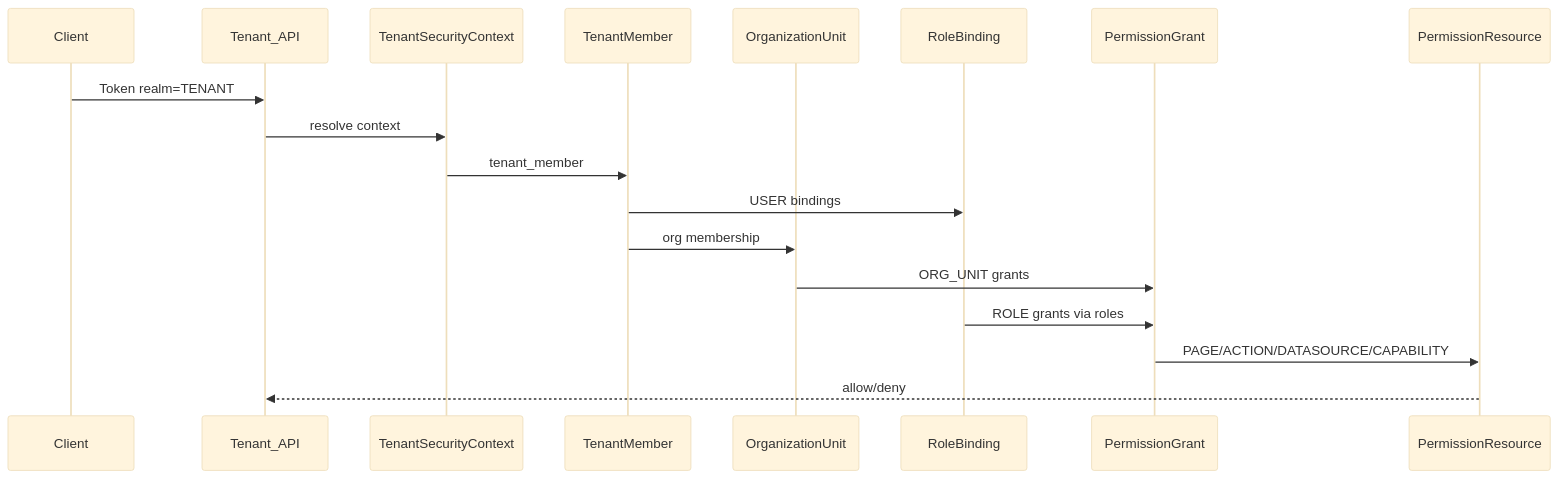
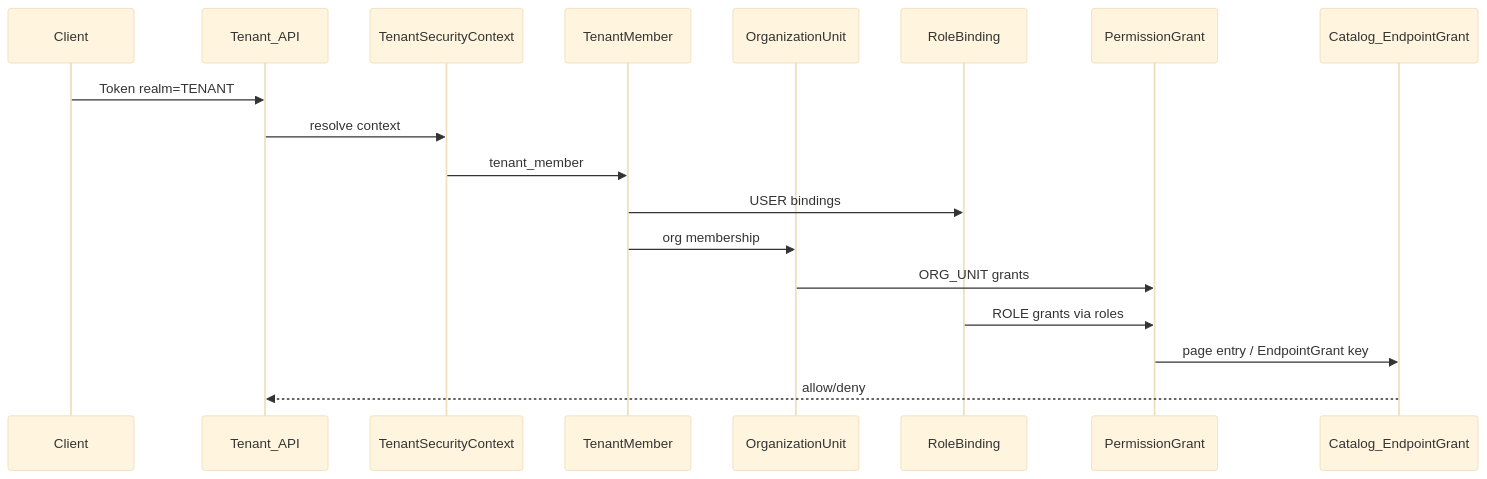
The sixth of 9 diagrams in docs/design/multi-tenant-governance-design.md (innospots/innospots-nexus), drawn with Mermaid (base theme) before and after one commit. The commit also changed other lines of this file and 374 other files, not shown here.

````diff
--- a/docs/design/multi-tenant-governance-design.md
+++ b/docs/design/multi-tenant-governance-design.md
@@ -949,21 +952,21 @@
 ```mermaid
 sequenceDiagram
     participant Client
     participant API as Tenant_API
     participant Ctx as TenantSecurityContext
     participant Member as TenantMember
     participant Org as OrganizationUnit
     participant Bind as RoleBinding
     participant Grant as PermissionGrant
-    participant Res as PermissionResource
+    participant Res as Catalog_EndpointGrant
 
     Client->>API: Token realm=TENANT
     API->>Ctx: resolve context
     Ctx->>Member: tenant_member
     Member->>Bind: USER bindings
     Member->>Org: org membership
     Org->>Grant: ORG_UNIT grants
     Bind->>Grant: ROLE grants via roles
-    Grant->>Res: PAGE/ACTION/DATASOURCE/CAPABILITY
+    Grant->>Res: page entry / EndpointGrant key
     Res-->>API: allow/deny
 ```
````
